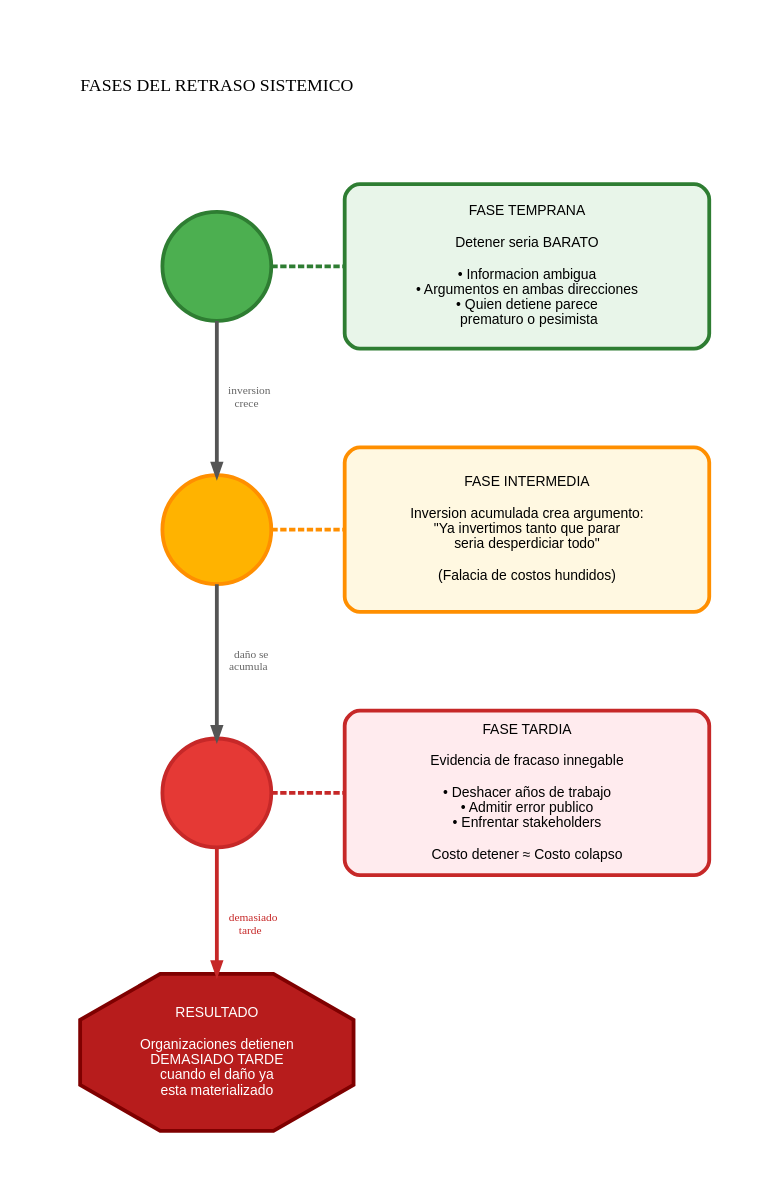
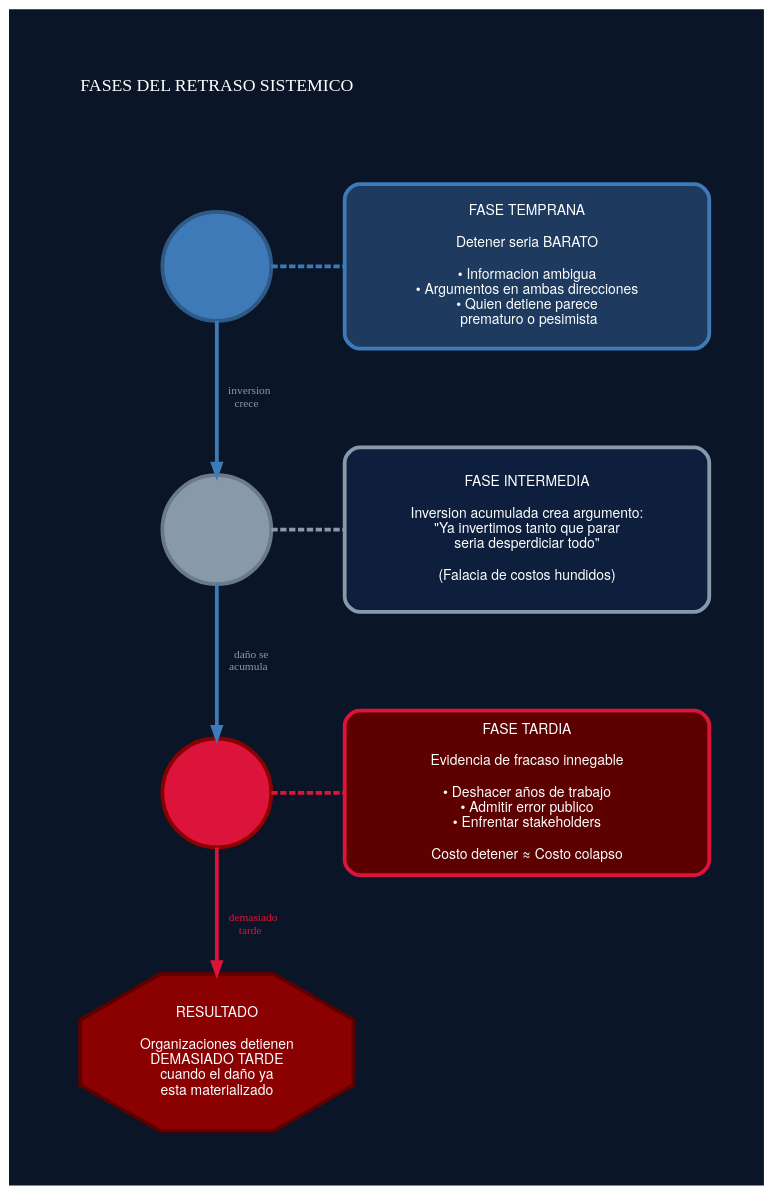
The diagram in assets/diagrams/B4-fases-retraso.dot (gonzalezulises/mas-control-mas-caos), drawn with Graphviz before and after one commit. The commit also changed 11 other files, not shown here.

First line of the commit message:
Update all diagrams to match cover color palette

```diff
--- a/assets/diagrams/B4-fases-retraso.dot
+++ b/assets/diagrams/B4-fases-retraso.dot
@@ -1,105 +1,108 @@
 digraph FasesSemaforo {
     // Layout vertical
     layout=dot;
     rankdir=TB;
-    bgcolor="white";
+    bgcolor="#0a1628";
     pad=0.6;
     nodesep=0.4;
     ranksep=0.8;
 
-    // Estilo global
+    // Estilo global - paleta portada
     node [
-        fontname="Arial",
+        fontname="Helvetica Neue",
         fontsize=11,
+        fontcolor="#ffffff",
         penwidth=3
     ];
 
     edge [
         penwidth=3,
-        color="#555555",
+        color="#3d7ab7",
+        fontcolor="#8899aa",
         arrowsize=0.9
     ];
 
     // Titulo
     titulo [label="FASES DEL RETRASO SISTEMICO",
             shape=plaintext,
             fontsize=14,
-            fontname="Arial Bold"];
+            fontcolor="#ffffff",
+            fontname="Helvetica Neue Bold"];
 
-    // Semaforo VERDE - Fase Temprana
+    // Semaforo AZUL - Fase Temprana (era verde)
     semaforo1 [label="",
                shape=circle,
                width=1.2,
                height=1.2,
-               fillcolor="#4caf50",
+               fillcolor="#3d7ab7",
                style=filled,
-               color="#2e7d32"];
+               color="#2d5a87"];
 
     fase1 [label="FASE TEMPRANA\n\nDetener seria BARATO\n\n• Informacion ambigua\n• Argumentos en ambas direcciones\n• Quien detiene parece\n  prematuro o pesimista",
            shape=box,
            style="rounded,filled",
-           fillcolor="#e8f5e9",
-           color="#2e7d32",
+           fillcolor="#1e3a5f",
+           color="#3d7ab7",
            width=4,
            height=1.8];
 
-    // Semaforo AMARILLO - Fase Intermedia
+    // Semaforo GRIS - Fase Intermedia (era amarillo)
     semaforo2 [label="",
                shape=circle,
                width=1.2,
                height=1.2,
-               fillcolor="#ffb300",
+               fillcolor="#8899aa",
                style=filled,
-               color="#ff8f00"];
+               color="#6b7a8a"];
 
     fase2 [label="FASE INTERMEDIA\n\nInversion acumulada crea argumento:\n\"Ya invertimos tanto que parar\nseria desperdiciar todo\"\n\n(Falacia de costos hundidos)",
            shape=box,
            style="rounded,filled",
-           fillcolor="#fff8e1",
-           color="#ff8f00",
+           fillcolor="#0d1f3c",
+           color="#8899aa",
            width=4,
            height=1.8];
 
     // Semaforo ROJO - Fase Tardia
     semaforo3 [label="",
                shape=circle,
                width=1.2,
                height=1.2,
-               fillcolor="#e53935",
+               fillcolor="#dc143c",
                style=filled,
-               color="#c62828"];
+               color="#8b0000"];
 
     fase3 [label="FASE TARDIA\n\nEvidencia de fracaso innegable\n\n• Deshacer años de trabajo\n• Admitir error publico\n• Enfrentar stakeholders\n\nCosto detener ≈ Costo colapso",
            shape=box,
            style="rounded,filled",
-           fillcolor="#ffebee",
-           color="#c62828",
+           fillcolor="#5c0000",
+           color="#dc143c",
            width=4,
            height=1.8];
 
     // Resultado
     resultado [label="RESULTADO\n\nOrganizaciones detienen\nDEMASIADO TARDE\ncuando el daño ya\nesta materializado",
                shape=octagon,
                style="filled",
-               fillcolor="#b71c1c",
-               color="#7f0000",
+               fillcolor="#8b0000",
+               color="#5c0000",
                fontcolor="white",
                fontsize=11,
                width=3,
                height=1.5];
 
     // Conexiones verticales
     titulo -> semaforo1 [style=invis];
 
     {rank=same; semaforo1; fase1}
     {rank=same; semaforo2; fase2}
     {rank=same; semaforo3; fase3}
 
-    semaforo1 -> fase1 [arrowhead=none, style=dashed, color="#2e7d32"];
-    semaforo2 -> fase2 [arrowhead=none, style=dashed, color="#ff8f00"];
-    semaforo3 -> fase3 [arrowhead=none, style=dashed, color="#c62828"];
+    semaforo1 -> fase1 [arrowhead=none, style=dashed, color="#3d7ab7"];
+    semaforo2 -> fase2 [arrowhead=none, style=dashed, color="#8899aa"];
+    semaforo3 -> fase3 [arrowhead=none, style=dashed, color="#dc143c"];
 
-    semaforo1 -> semaforo2 [label="  inversion\n  crece  ", fontsize=9, fontcolor="#666666"];
-    semaforo2 -> semaforo3 [label="  daño se\n  acumula  ", fontsize=9, fontcolor="#666666"];
-    semaforo3 -> resultado [label="  demasiado\n  tarde  ", fontsize=9, fontcolor="#c62828", color="#c62828"];
+    semaforo1 -> semaforo2 [label="  inversion\n  crece  ", fontsize=9];
+    semaforo2 -> semaforo3 [label="  daño se\n  acumula  ", fontsize=9];
+    semaforo3 -> resultado [label="  demasiado\n  tarde  ", fontsize=9, fontcolor="#dc143c", color="#dc143c"];
 }
```
